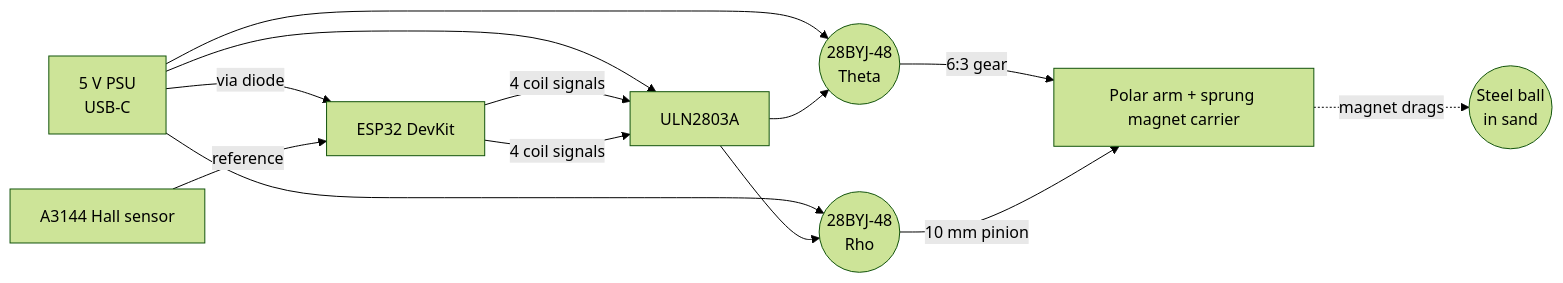
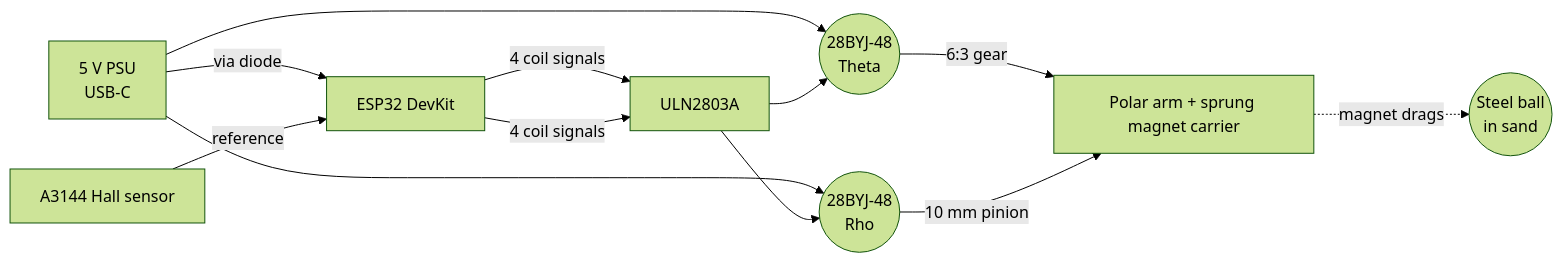
The diagram in docs/project log/part4-third-prototype.md (mpinder0/mini-sandtable-polar-esp32), drawn with Mermaid (forest theme) before and after one commit. The commit also changed other lines of this file and 8 other files, not shown here.

````diff
--- a/docs/project log/part4-third-prototype.md
+++ b/docs/project log/part4-third-prototype.md
@@ -18,15 +17,14 @@
 ```mermaid
 flowchart LR
-    PSU[5 V PSU<br/>USB-C] --> ULN
-    PSU -->|via diode| ESP[ESP32 DevKit]
+    PSU[5 V PSU<br/>USB-C] -->|via diode| ESP[ESP32 DevKit]
     PSU --> MT
     PSU --> MR
     ESP -->|4 coil signals| ULN[ULN2803A]
     ESP -->|4 coil signals| ULN
     ULN --> MT((28BYJ-48<br/>Theta))
     ULN --> MR((28BYJ-48<br/>Rho))
     HALL[A3144 Hall sensor] -->|reference| ESP
     MT -->|6:3 gear| MECH[Polar arm + sprung magnet carrier]
     MR -->|10 mm pinion| MECH
     MECH -. magnet drags .-> BALL((Steel ball<br/>in sand))
 ```
````
